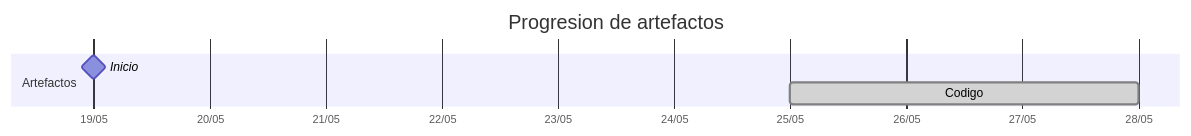
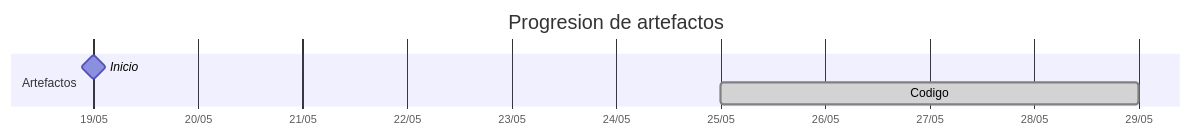
Before and after one commit to carlos-alvarado-25/25-26-idsw2-sdVC: the diagram in TIMELINES/manuelmunoz8.md, drawn with Mermaid. The commit also changed other lines of this file and 25 other files, not shown here.

````diff
--- a/TIMELINES/manuelmunoz8.md
+++ b/TIMELINES/manuelmunoz8.md
@@ -16,9 +20,9 @@
 ```mermaid
 gantt
     title Progresion de artefactos
     dateFormat YYYY-MM-DD
     axisFormat %d/%m
     section Artefactos
         Inicio       :milestone, 2026-05-19, 0d
-        Codigo       :done, 2026-05-25, 2026-05-28
+        Codigo       :done, 2026-05-25, 2026-05-29
 ```
````
